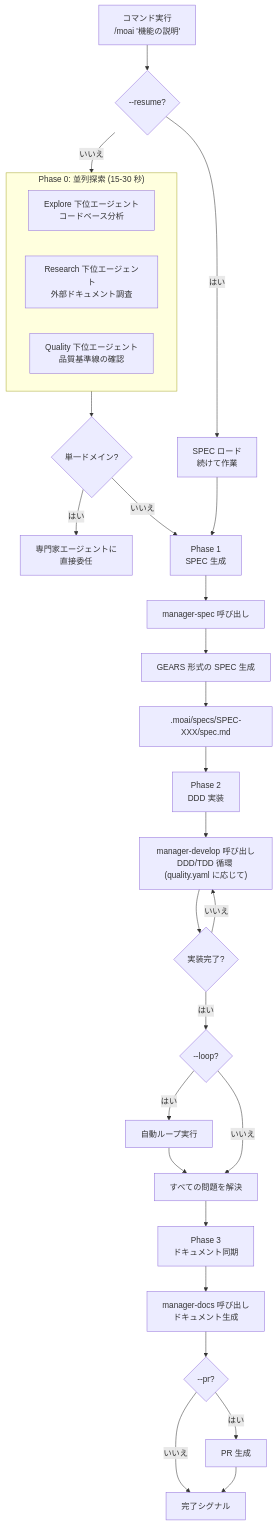
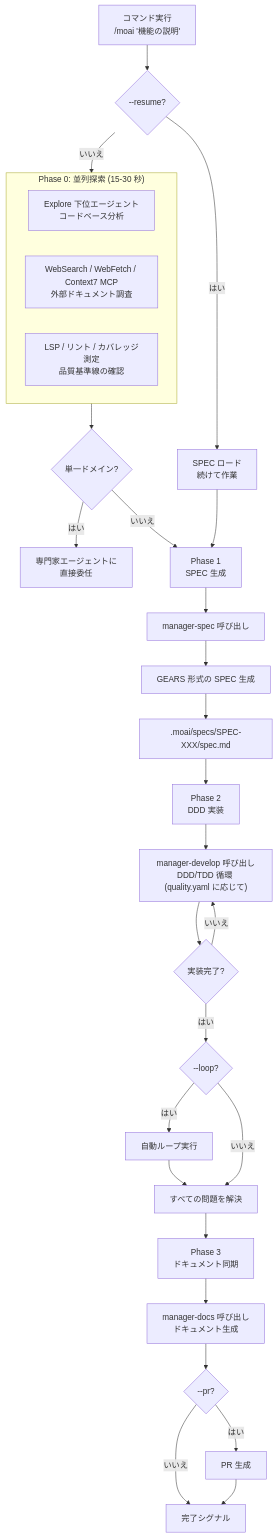
One commit to modu-ai/moai-adk changed the diagram in docs-site/content/ja/utility-commands/moai.md. Above: the diagram before and after it, drawn with Mermaid. The commit also changed other lines of this file and 83 other files, not shown here.

````diff
--- a/docs-site/content/ja/utility-commands/moai.md
+++ b/docs-site/content/ja/utility-commands/moai.md
@@ -118,40 +127,40 @@
 ```mermaid
 flowchart TD
     A["コマンド実行<br/>/moai '機能の説明'"] --> B{--resume?}
     B -->|はい| C["SPEC ロード<br/>続けて作業"]
     B -->|いいえ| D["Phase 0<br/>並列探索"]
 
     subgraph D["Phase 0: 並列探索 (15-30 秒)"]
         D1["Explore 下位エージェント<br/>コードベース分析"]
-        D2["Research 下位エージェント<br/>外部ドキュメント調査"]
-        D3["Quality 下位エージェント<br/>品質基準線の確認"]
+        D2["WebSearch / WebFetch / Context7 MCP<br/>外部ドキュメント調査"]
+        D3["LSP / リント / カバレッジ測定<br/>品質基準線の確認"]
     end
 
     D --> E{"単一ドメイン?"}
     E -->|はい| F["専門家エージェントに<br/>直接委任"]
     E -->|いいえ| G["Phase 1 継続"]
 
     C --> G["Phase 1<br/>SPEC 生成"]
     G --> H["manager-spec 呼び出し"]
     H --> I["GEARS 形式の SPEC 生成"]
     I --> J[".moai/specs/SPEC-XXX/spec.md"]
 
     J --> K["Phase 2<br/>DDD 実装"]
 
     K --> L["manager-develop 呼び出し<br/>DDD/TDD 循環 (quality.yaml に応じて)"]
     L --> M{"実装完了?"}
     M -->|いいえ| L
     M -->|はい| N{"--loop?"}
 
     N -->|はい| O["自動ループ実行"]
     O --> P["すべての問題を解決"]
     N -->|いいえ| P
 
     P --> Q["Phase 3<br/>ドキュメント同期"]
 
     Q --> R["manager-docs 呼び出し<br/>ドキュメント生成"]
     R --> S{"--pr?"}
     S -->|はい| T["PR 生成"]
     S -->|いいえ| U["完了シグナル"]
     T --> U
 ```
````
